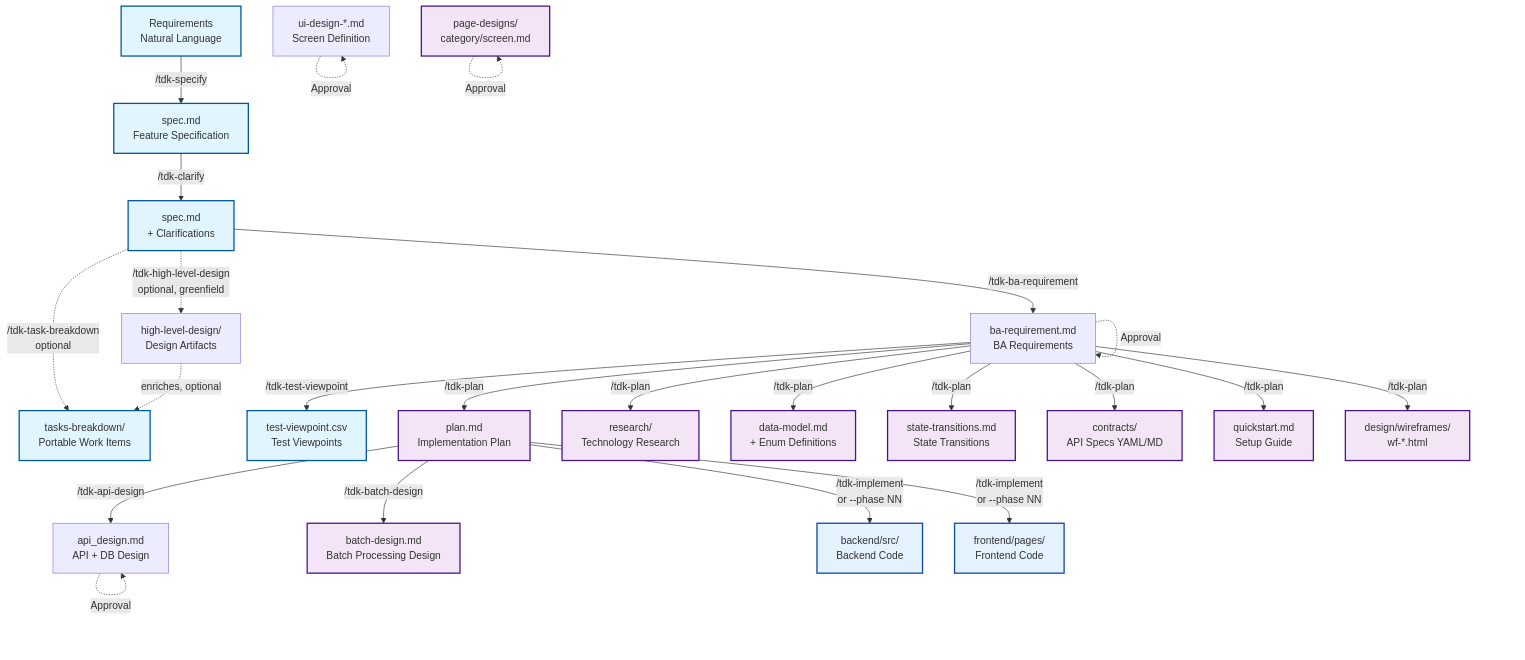
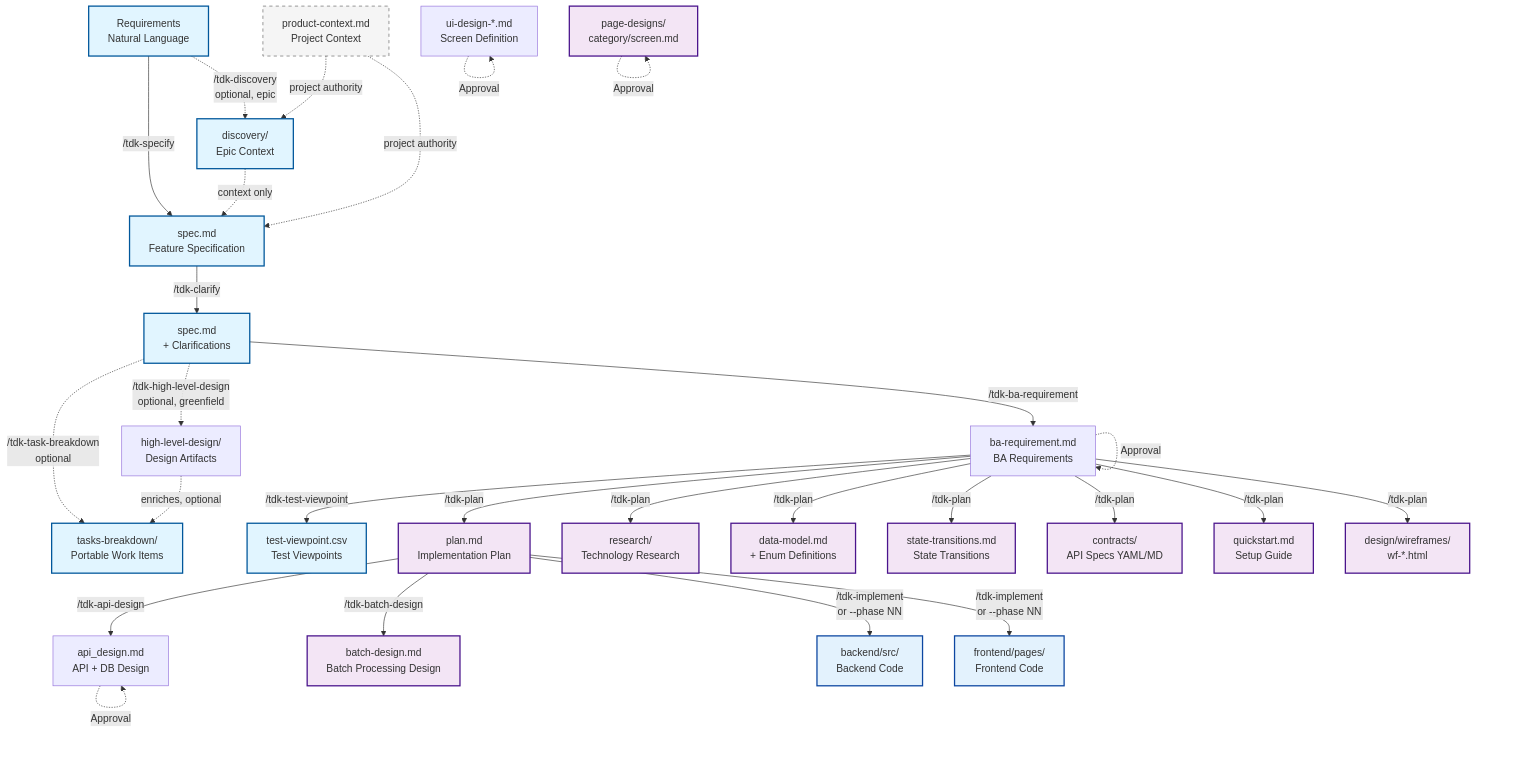
The first of 8 diagrams in .specify/docs/guides/document-flow.md (vinhltt/tdk), drawn with Mermaid before and after one commit. The commit also changed other lines of this file and 35 other files, not shown here.

````diff
--- a/.specify/docs/guides/document-flow.md
+++ b/.specify/docs/guides/document-flow.md
@@ -10,54 +10,60 @@
 ```mermaid
 flowchart TD
     %% Phase 0: Specification
     REQ[Requirements<br/>Natural Language]
+    PRODUCT_CONTEXT[product-context.md<br/>Project Context]
+    DISCOVERY[discovery/<br/>Epic Context]
 
     %% Phase 0: Feature Specification
+    REQ -.->|/tdk-discovery<br/>optional, epic| DISCOVERY
     REQ -->|/tdk-specify| SPEC[spec.md<br/>Feature Specification]
+    DISCOVERY -.->|context only| SPEC
+    PRODUCT_CONTEXT -.->|project authority| DISCOVERY
+    PRODUCT_CONTEXT -.->|project authority| SPEC
     SPEC -->|/tdk-clarify| SPEC_CLARIFIED[spec.md<br/>+ Clarifications]
     SPEC_CLARIFIED -.->|/tdk-high-level-design<br/>optional, greenfield| HLD[high-level-design/<br/>Design Artifacts]
     SPEC_CLARIFIED -.->|/tdk-task-breakdown<br/>optional| TASK_BREAKDOWN[tasks-breakdown/<br/>Portable Work Items]
     HLD -.->|enriches, optional| TASK_BREAKDOWN
     SPEC_CLARIFIED -->|/tdk-ba-requirement| BA_REQ[ba-requirement.md<br/>BA Requirements]
     BA_REQ -.->|Approval| BA_REQ
     BA_REQ -->|/tdk-test-viewpoint| TEST_VP[test-viewpoint.csv<br/>Test Viewpoints]
 
     %% Phase 1: Architecture & Design
     BA_REQ -->|/tdk-plan| PLAN[plan.md<br/>Implementation Plan]
     BA_REQ -->|/tdk-plan| RESEARCH[research/<br/>Technology Research]
     BA_REQ -->|/tdk-plan| DATAMODEL[data-model.md<br/>+ Enum Definitions]
     BA_REQ -->|/tdk-plan| STATETRANS[state-transitions.md<br/>State Transitions]
     BA_REQ -->|/tdk-plan| CONTRACTS[contracts/<br/>API Specs YAML/MD]
     BA_REQ -->|/tdk-plan| QUICKSTART[quickstart.md<br/>Setup Guide]
     BA_REQ -->|/tdk-plan| WIREFRAMES[design/wireframes/<br/>wf-*.html]
 
     %% Phase 1: Detailed Design & Approval
     PLAN -->|/tdk-api-design| API_DESIGN[api_design.md<br/>API + DB Design]
     PLAN -->|/tdk-batch-design| BATCH_DESIGN[batch-design.md<br/>Batch Processing Design]
     PAGEDESIGNS[page-designs/<br/>category/screen.md]
     UI_DESIGN[ui-design-*.md<br/>Screen Definition]
     API_DESIGN -.->|Approval| API_DESIGN
     UI_DESIGN -.->|Approval| UI_DESIGN
     PAGEDESIGNS -.->|Approval| PAGEDESIGNS
 
     %% Phase 2: Implementation (Solo Path - Primary)
     PLAN -->|/tdk-implement<br/>or --phase NN| CODE_BE[backend/src/<br/>Backend Code]
     PLAN -->|/tdk-implement<br/>or --phase NN| CODE_FE[frontend/pages/<br/>Frontend Code]
 
     %% Styling
     classDef phase0 fill:#e1f5ff,stroke:#01579b,stroke-width:2px
     classDef phase1 fill:#f3e5f5,stroke:#4a148c,stroke-width:2px
     classDef phase2 fill:#fff3e0,stroke:#e65100,stroke-width:2px
     classDef phase3 fill:#e8f5e9,stroke:#1b5e20,stroke-width:2px
     classDef phase4 fill:#fff9c4,stroke:#f57f17,stroke-width:2px
     classDef phase5 fill:#ffebee,stroke:#b71c1c,stroke-width:2px
     classDef reference fill:#f5f5f5,stroke:#616161,stroke-width:1px,stroke-dasharray: 5 5
     classDef code fill:#e3f2fd,stroke:#0d47a1,stroke-width:2px
     classDef infra fill:#fce4ec,stroke:#880e4f,stroke-width:2px
 
-    class REQ,SPEC,SPEC_CLARIFIED,TASK_BREAKDOWN phase0
+    class REQ,DISCOVERY,SPEC,SPEC_CLARIFIED,TASK_BREAKDOWN phase0
     class PLAN,RESEARCH,DATAMODEL,STATETRANS,CONTRACTS,QUICKSTART,WIREFRAMES,PAGEDESIGNS,BATCH_DESIGN phase1
     class TEST_VP phase0
-    class CONSTITUTION,UIUX,REF_DATAMODEL,REF_STATE reference
+    class PRODUCT_CONTEXT,CONSTITUTION,UIUX,REF_DATAMODEL,REF_STATE reference
     class CODE_BE,CODE_FE,TESTS code
 ```
````
